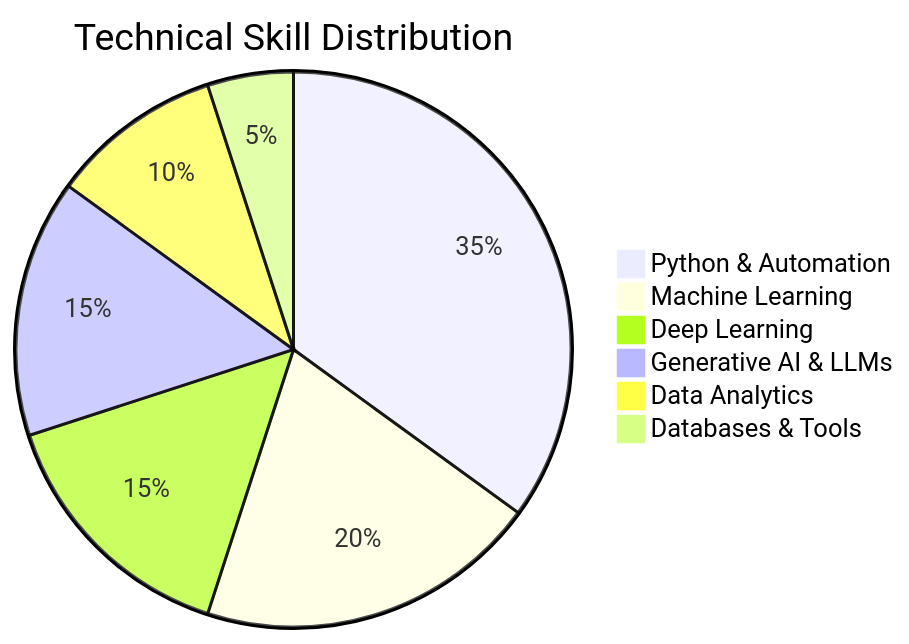
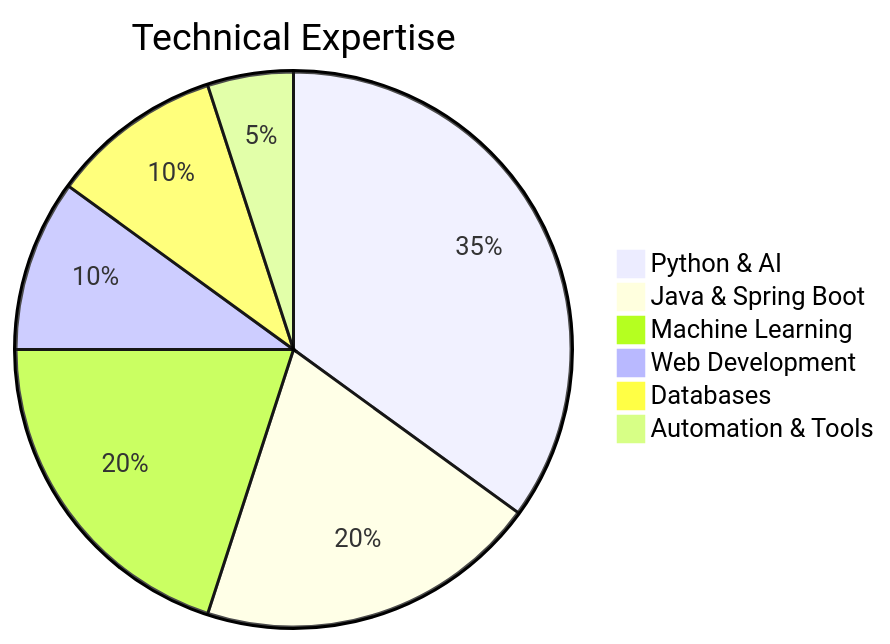
Before and after one commit to theankita/theankita: the first of 2 diagrams in README.md, drawn with Mermaid. The commit also changed other lines of this file, not shown here.

````diff
--- a/README.md
+++ b/README.md
@@ -25,9 +24,9 @@
 ```mermaid
-pie title Technical Skill Distribution
-    "Python & Automation" : 35
+pie title Technical Expertise
+    "Python & AI" : 35
+    "Java & Spring Boot" : 20
     "Machine Learning" : 20
-    "Deep Learning" : 15
-    "Generative AI & LLMs" : 15
-    "Data Analytics" : 10
-    "Databases & Tools" : 5
+    "Web Development" : 10
+    "Databases" : 10
+    "Automation & Tools" : 5
 ```
````
